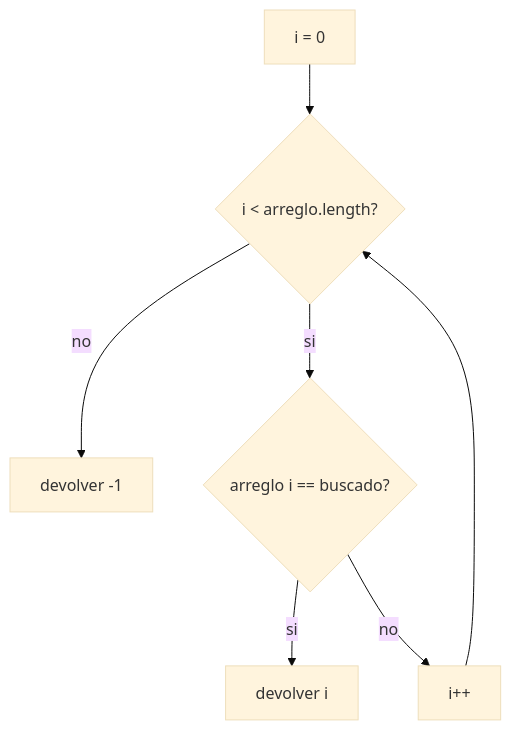
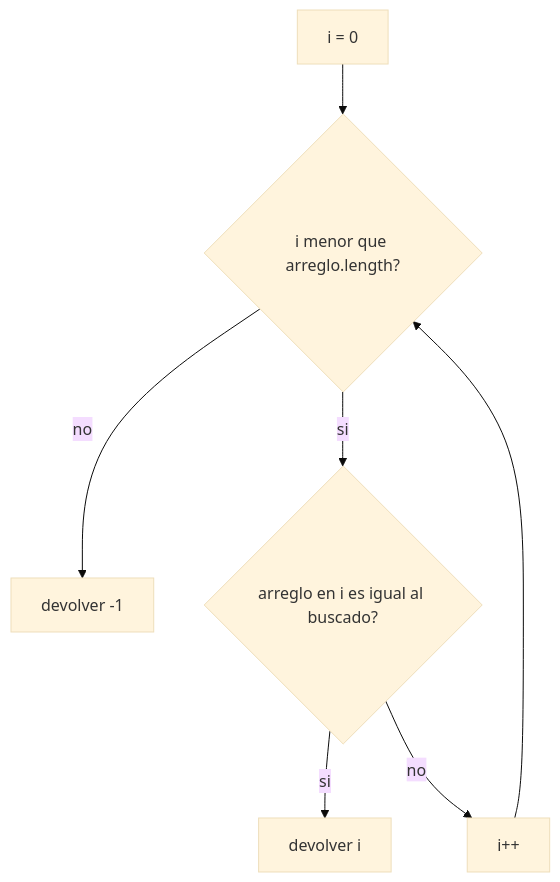
One commit to edpodev/IPC1-2S-2026 changed the diagram in GuiaParaConstruirProgramas/Practica1/04_busqueda_en_arreglos/README.md. Above: the diagram before and after it, drawn with Mermaid (base theme). The commit also changed 16 other files, not shown here.

````diff
--- a/GuiaParaConstruirProgramas/Practica1/04_busqueda_en_arreglos/README.md
+++ b/GuiaParaConstruirProgramas/Practica1/04_busqueda_en_arreglos/README.md
@@ -12,9 +12,9 @@
 ```mermaid
 flowchart TD
-    A[i = 0] --> B{i < arreglo.length?}
-    B -- no --> D[devolver -1]
-    B -- si --> C{arreglo i == buscado?}
-    C -- si --> E[devolver i]
-    C -- no --> F[i++]
+    A["i = 0"] --> B{"i menor que arreglo.length?"}
+    B -- no --> D["devolver -1"]
+    B -- si --> C{"arreglo en i es igual al buscado?"}
+    C -- si --> E["devolver i"]
+    C -- no --> F["i++"]
     F --> B
 ```
````
